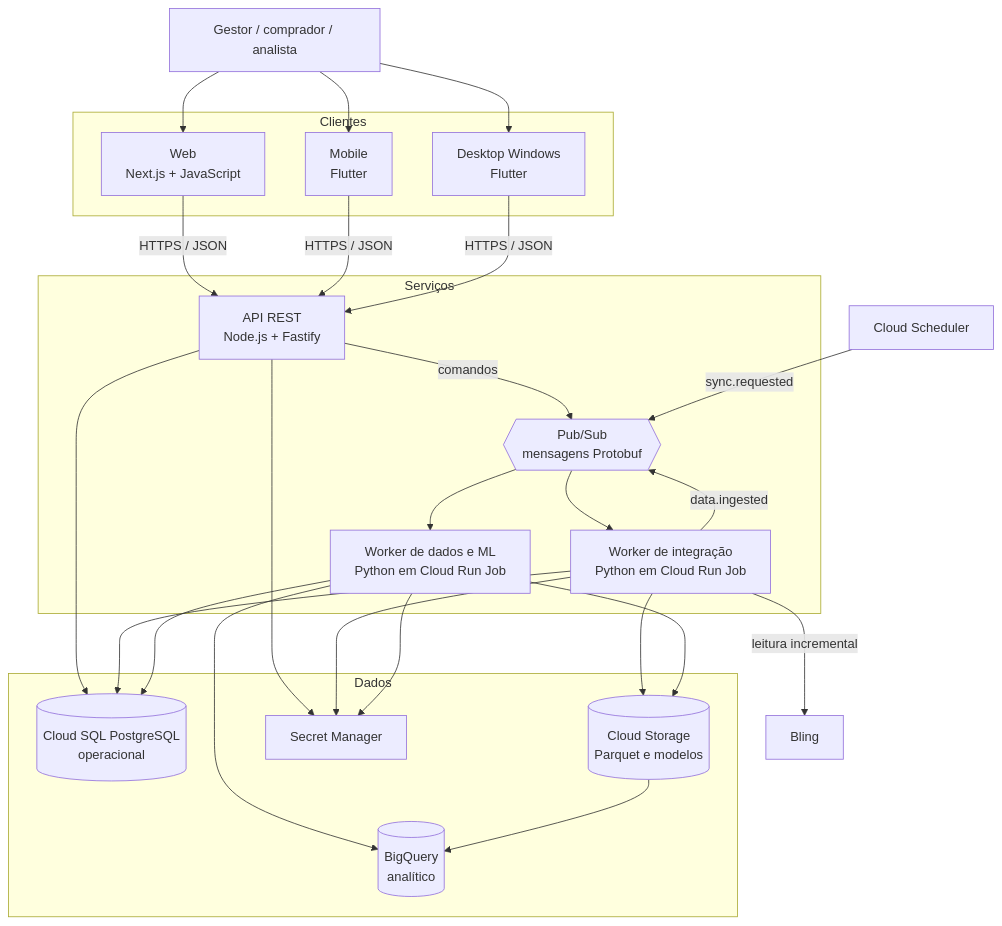
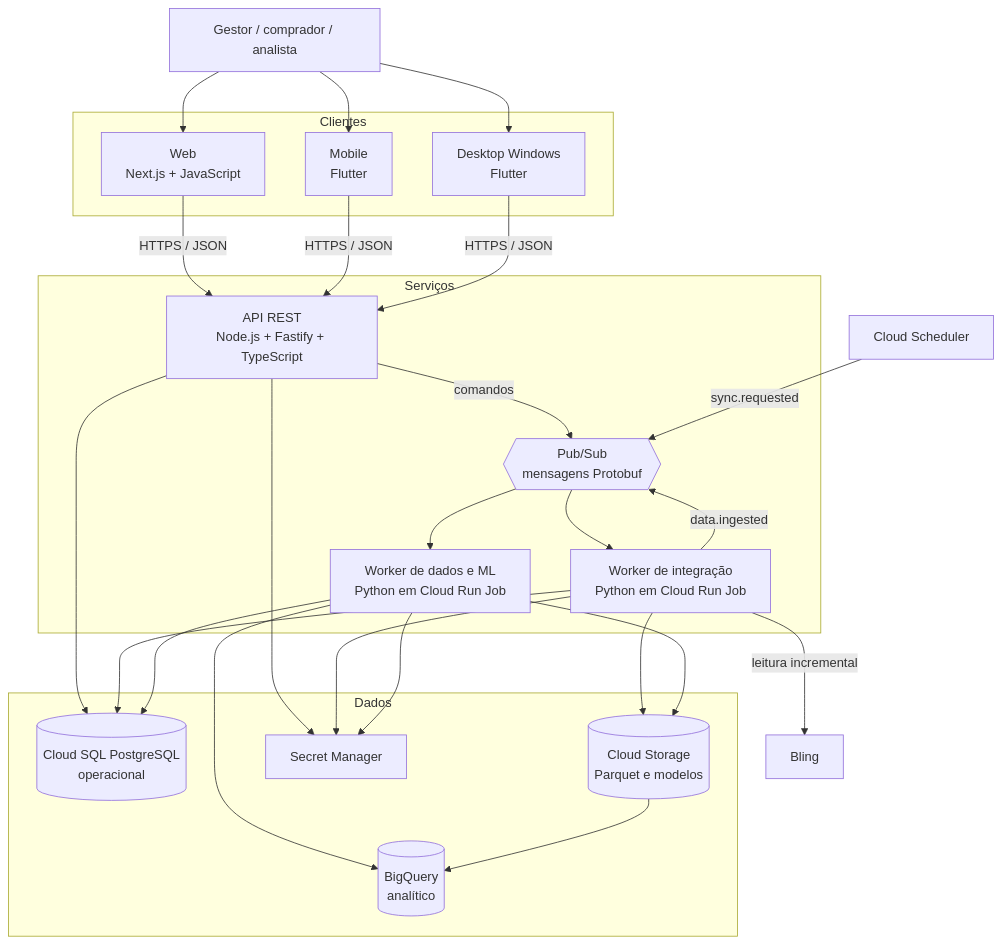
Before and after one commit to FatecFranca/DSM-G05-PI6-2026-2: the second of 3 diagrams in docs/02-modelagem-e-arquitetura.md, drawn with Mermaid. The commit also changed other lines of this file and 56 other files, not shown here.

Commit message:
feat: integra PostgreSQL com API TypeScript e frontend Next.js em JavaScript

````diff
--- a/docs/02-modelagem-e-arquitetura.md
+++ b/docs/02-modelagem-e-arquitetura.md
@@ -43,49 +43,49 @@
 ```mermaid
 flowchart TB
     user[Gestor / comprador / analista]
     bling[Bling]
     scheduler[Cloud Scheduler]
 
     subgraph clients[Clientes]
         web[Web\nNext.js + JavaScript]
         mobile[Mobile\nFlutter]
         desktop[Desktop Windows\nFlutter]
     end
 
     subgraph services[Serviços]
-        api[API REST\nNode.js + Fastify]
+        api[API REST\nNode.js + Fastify + TypeScript]
         integration[Worker de integração\nPython em Cloud Run Job]
         ml[Worker de dados e ML\nPython em Cloud Run Job]
         broker{{Pub/Sub\nmensagens Protobuf}}
     end
 
     subgraph data[Dados]
         postgres[(Cloud SQL PostgreSQL\noperacional)]
         bucket[(Cloud Storage\nParquet e modelos)]
         bigquery[(BigQuery\nanalítico)]
         secrets[Secret Manager]
     end
 
     user --> web
     user --> mobile
     user --> desktop
     web -->|HTTPS / JSON| api
     mobile -->|HTTPS / JSON| api
     desktop -->|HTTPS / JSON| api
     api --> postgres
     api --> secrets
     api -->|comandos| broker
     scheduler -->|sync.requested| broker
     broker --> integration
     integration -->|leitura incremental| bling
     integration --> postgres
     integration --> bucket
     integration -->|data.ingested| broker
     broker --> ml
     ml --> bigquery
     ml --> bucket
     ml --> postgres
     integration --> secrets
     ml --> secrets
     bucket --> bigquery
 ```
````
